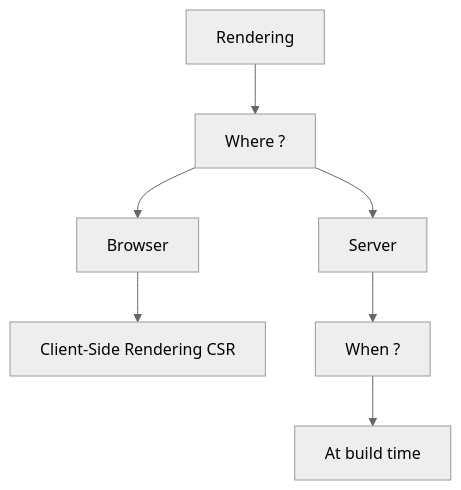
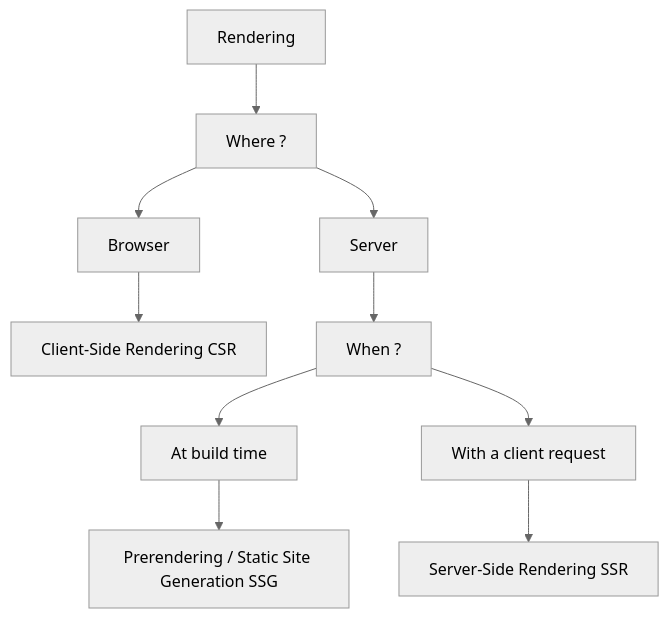
One commit to gsoulie/Mobile-App-Development changed the third of 3 diagrams in Mobile App Resources and tools.md. Above: the diagram before and after it, drawn with Mermaid (neutral theme). The commit also changed other lines of this file, not shown here.

Commit message:
Update Mobile App Resources and tools.md

`````diff
--- a/Mobile App Resources and tools.md
+++ b/Mobile App Resources and tools.md
@@ -49,9 +49,12 @@
 ````mermaid
 flowchart TD
   A[Rendering] --> B[Where ?];
   B[Where ?] --> C[Browser];
   C[Browser] --> D[Client-Side Rendering CSR];
   B[Where ?] --> E[Server];
   E[Server] --> F[When ?];
   F[When ?] --> G[At build time];
+  G[At build time] --> H[Prerendering / Static Site Generation SSG];
+  F[When ?] --> I[With a client request];
+  I[With a client request] --> J[Server-Side Rendering SSR];
 ````
`````
